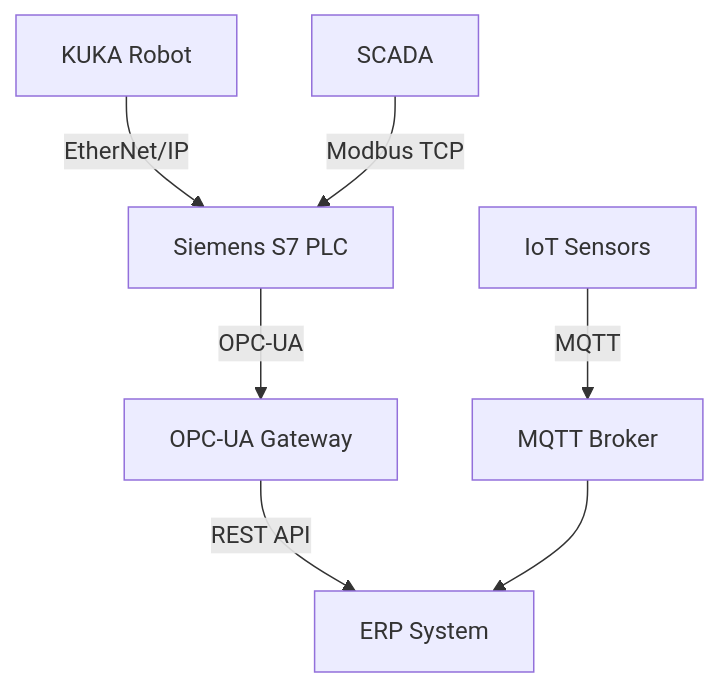
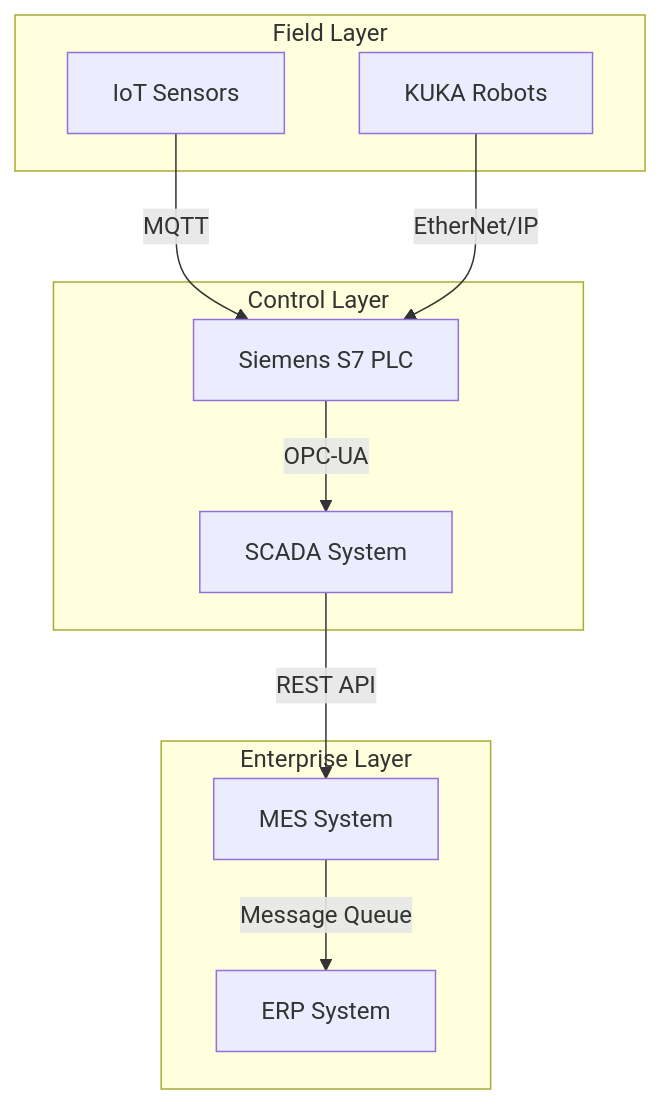
One commit to IbrahimBadawy/claude-system-design-plugin changed the diagram in .claude/skills/knowledge-builder/SKILL.md. Above: the diagram before and after it, drawn with Mermaid. The commit also changed other lines of this file and 22 other files, not shown here.

First line of the commit message:
v1.4.0: Complexity levels, knowledge scopes, inline chat diagrams

````diff
--- a/.claude/skills/knowledge-builder/SKILL.md
+++ b/.claude/skills/knowledge-builder/SKILL.md
@@ -96,9 +161,22 @@
 ```mermaid
+%% Industrial Automation - Communication Architecture
 graph TB
-    PLC[Siemens S7 PLC] -->|OPC-UA| Gateway[OPC-UA Gateway]
-    Gateway -->|REST API| ERP[ERP System]
-    KUKA[KUKA Robot] -->|EtherNet/IP| PLC
-    SCADA[SCADA] -->|Modbus TCP| PLC
-    Sensors[IoT Sensors] -->|MQTT| Broker[MQTT Broker]
-    Broker --> ERP
+    subgraph Field["Field Layer"]
+        Sensors[IoT Sensors]
+        Robots[KUKA Robots]
+    end
+    subgraph Control["Control Layer"]
+        PLC[Siemens S7 PLC]
+        SCADA[SCADA System]
+    end
+    subgraph Enterprise["Enterprise Layer"]
+        MES[MES System]
+        ERP[ERP System]
+    end
+
+    Sensors -->|MQTT| PLC
+    Robots -->|EtherNet/IP| PLC
+    PLC -->|OPC-UA| SCADA
+    SCADA -->|REST API| MES
+    MES -->|Message Queue| ERP
 ```
````
